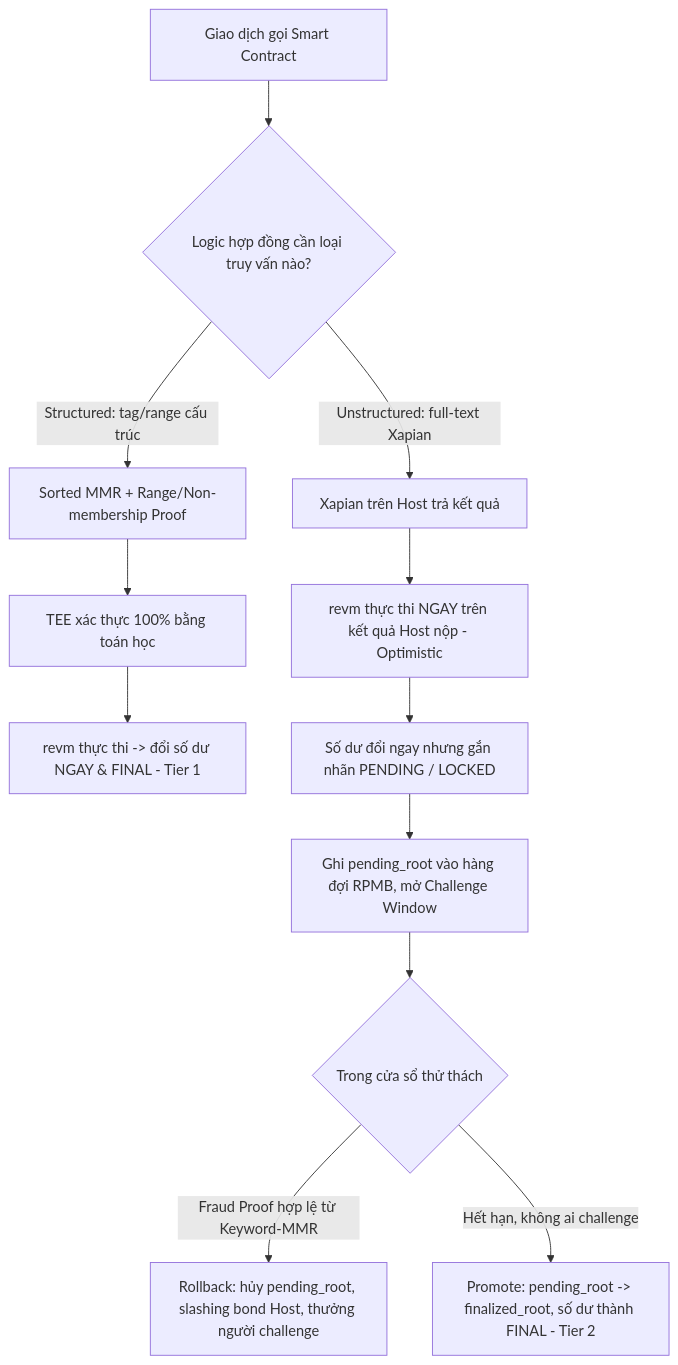
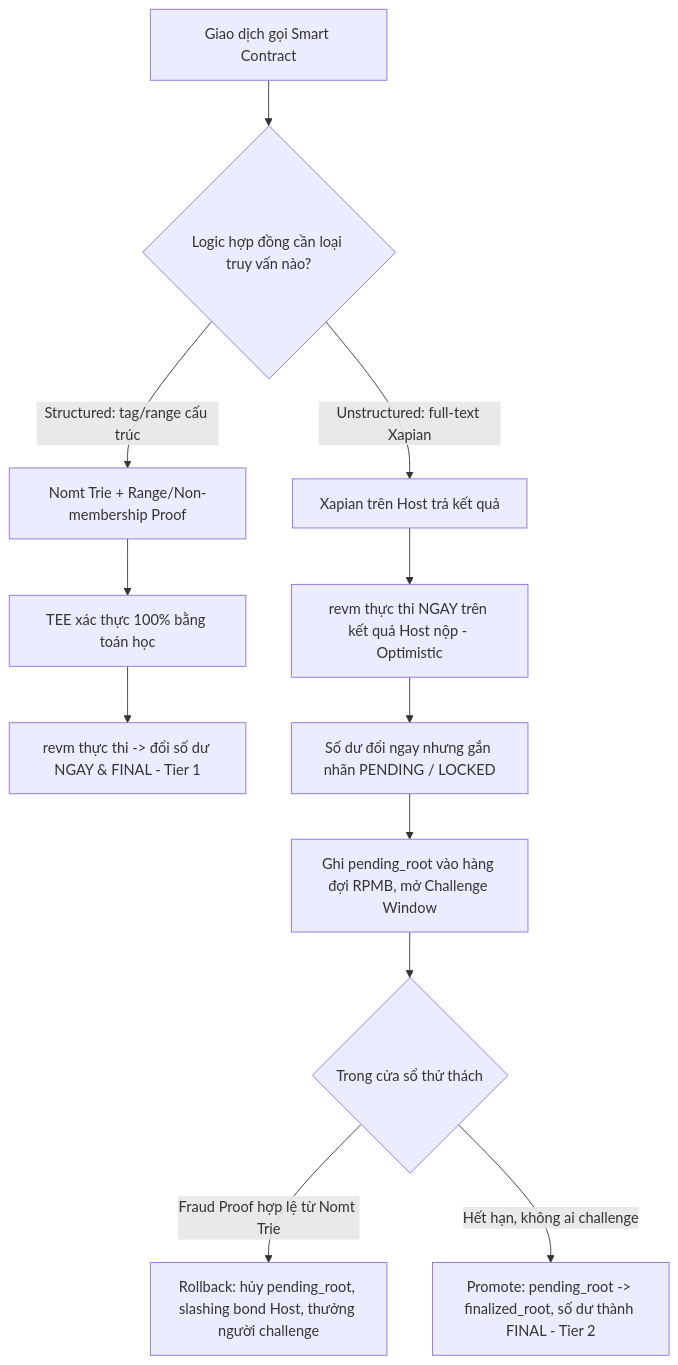
The first of 5 diagrams in note/tee_architecture.md (x3pi/metanode), drawn with Mermaid before and after one commit. The commit also changed other lines of this file and 3 other files, not shown here.

Commit message:
refactor(tee): replace MMR with Nomt Trie for Fraud Proof verification

````diff
--- a/note/tee_architecture.md
+++ b/note/tee_architecture.md
@@ -54,16 +54,16 @@
 ```mermaid
 flowchart TD
     A[Giao dịch gọi Smart Contract] --> B{Logic hợp đồng cần loại truy vấn nào?}
-    B -->|Structured: tag/range cấu trúc| C[Sorted MMR + Range/Non-membership Proof]
+    B -->|Structured: tag/range cấu trúc| C[Nomt Trie + Range/Non-membership Proof]
     B -->|Unstructured: full-text Xapian| D[Xapian trên Host trả kết quả]
 
     C --> C1[TEE xác thực 100% bằng toán học]
     C1 --> C2[revm thực thi -> đổi số dư NGAY & FINAL - Tier 1]
 
     D --> D1[revm thực thi NGAY trên kết quả Host nộp - Optimistic]
     D1 --> D2[Số dư đổi ngay nhưng gắn nhãn PENDING / LOCKED]
     D2 --> D3[Ghi pending_root vào hàng đợi RPMB, mở Challenge Window]
     D3 --> D4{Trong cửa sổ thử thách}
-    D4 -->|Fraud Proof hợp lệ từ Keyword-MMR| D5[Rollback: hủy pending_root, slashing bond Host, thưởng người challenge]
+    D4 -->|Fraud Proof hợp lệ từ Nomt Trie| D5[Rollback: hủy pending_root, slashing bond Host, thưởng người challenge]
     D4 -->|Hết hạn, không ai challenge| D6[Promote: pending_root -> finalized_root, số dư thành FINAL - Tier 2]
 ```
````
